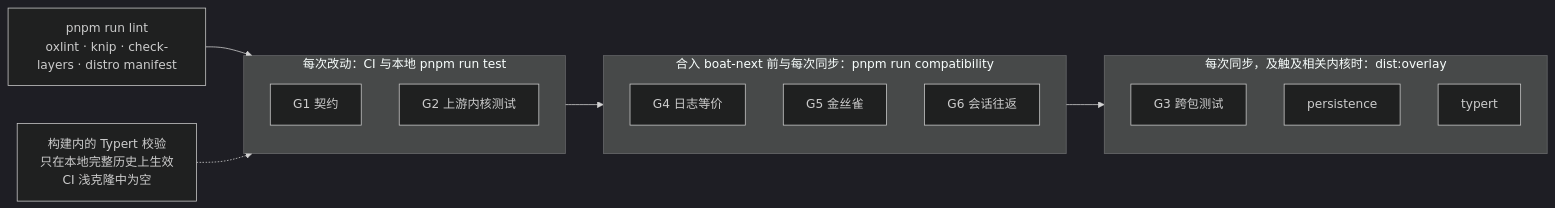
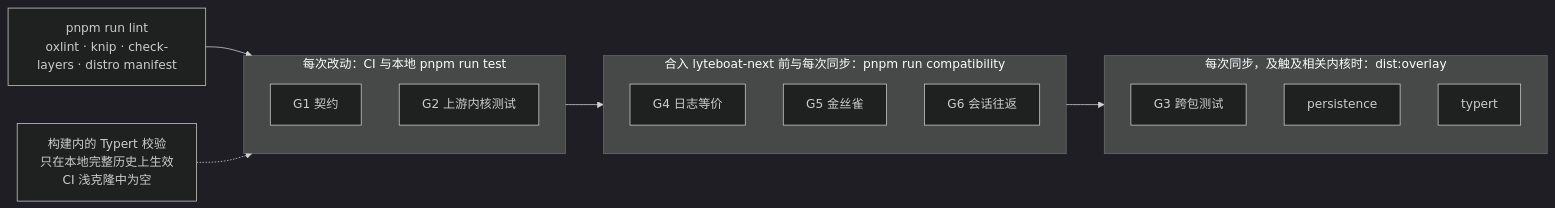
Before and after one commit to lyteboat/boat: the tenth of 13 diagrams in docs/02-distribution.md, drawn with Mermaid (dark theme). The commit also changed other lines of this file and 316 other files, not shown here.

````diff
--- a/docs/02-distribution.md
+++ b/docs/02-distribution.md
@@ -995,23 +995,23 @@
 ```mermaid
 flowchart LR
   LINT["pnpm run lint<br/>oxlint · knip · check-layers · distro manifest"]
   subgraph EVERY["每次改动：CI 与本地 pnpm run test"]
     G1["G1 契约"]
     G2["G2 上游内核测试"]
   end
   TYB["构建内的 Typert 校验<br/>只在本地完整历史上生效<br/>CI 浅克隆中为空"]
-  subgraph PRE["合入 boat-next 前与每次同步：pnpm run compatibility"]
+  subgraph PRE["合入 lyteboat-next 前与每次同步：pnpm run compatibility"]
     G4["G4 日志等价"]
     G5["G5 金丝雀"]
     G6["G6 会话往返"]
   end
   subgraph SYNC["每次同步，及触及相关内核时：dist:overlay"]
     G3["G3 跨包测试"]
     PS["persistence"]
     TY["typert"]
   end
   LINT --> EVERY
   TYB -.-> EVERY
   EVERY --> PRE
   PRE --> SYNC
 ```
````
